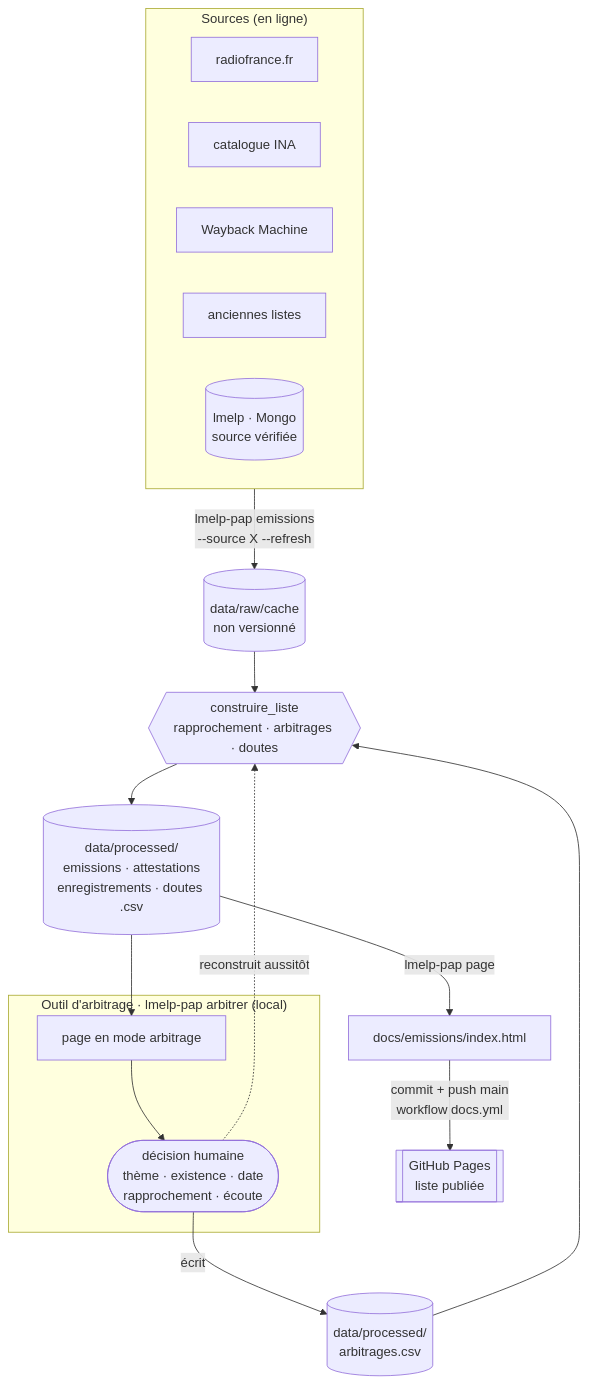
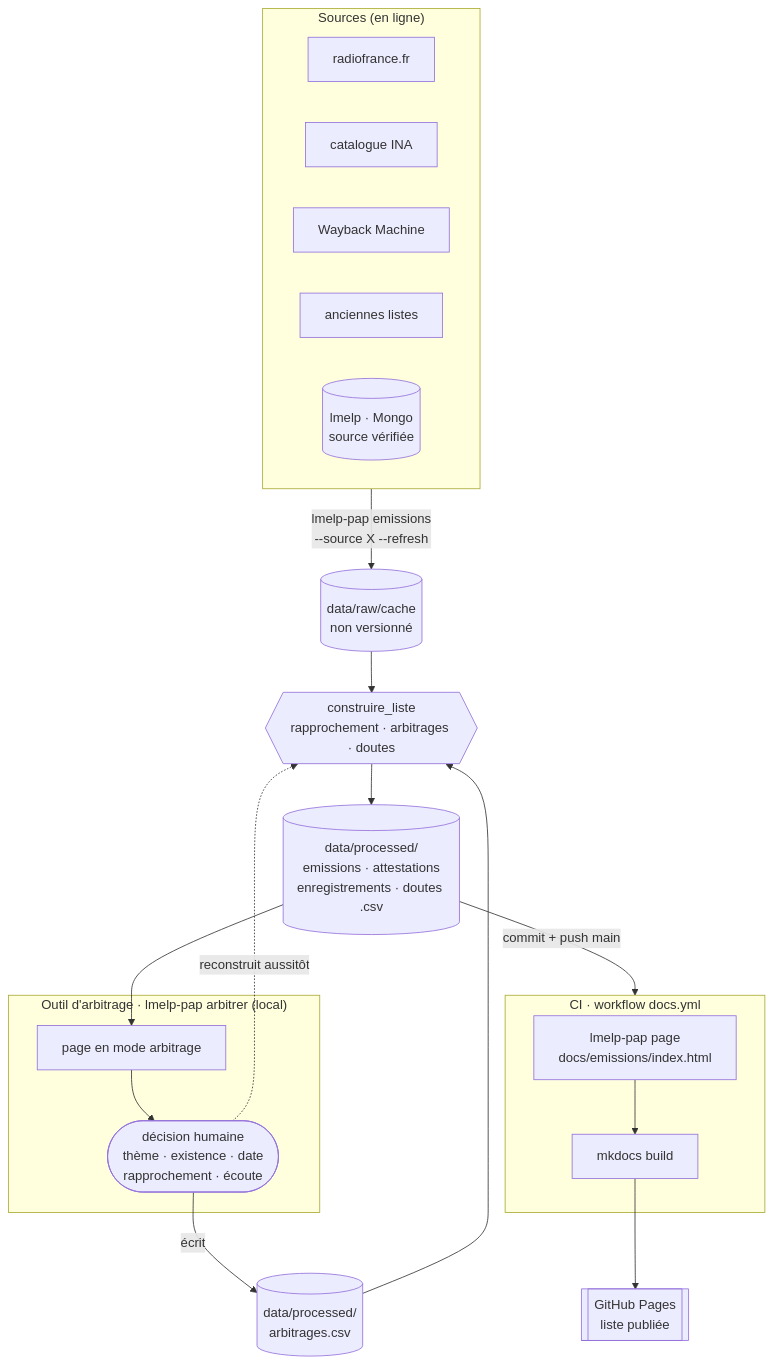
Before and after one commit to castorfou/lmelp-pap: the diagram in docs/dev/architecture.md, drawn with Mermaid. The commit also changed other lines of this file, not shown here.

Commit message:
docs(dev): la page des émissions est générée par la CI

````diff
--- a/docs/dev/architecture.md
+++ b/docs/dev/architecture.md
@@ -12,30 +12,37 @@
 ```mermaid
 flowchart TD
     subgraph Sources["Sources (en ligne)"]
         RF[radiofrance.fr]
         INA[catalogue INA]
         WB[Wayback Machine]
         AL[anciennes listes]
         LM[(lmelp · Mongo<br/>source vérifiée)]
     end
 
     Sources -->|"lmelp-pap emissions<br/>--source X --refresh"| Cache[(data/raw/cache<br/>non versionné)]
 
     Cache --> Construire{{"construire_liste<br/>rapprochement · arbitrages · doutes"}}
     Arb[(data/processed/<br/>arbitrages.csv)] --> Construire
 
     Construire --> CSV[(data/processed/<br/>emissions · attestations<br/>enregistrements · doutes .csv)]
 
     subgraph Appli["Outil d'arbitrage · lmelp-pap arbitrer (local)"]
         Page2[page en mode arbitrage]
         Humain([décision humaine<br/>thème · existence · date<br/>rapprochement · écoute])
         Page2 --> Humain
     end
 
     CSV --> Page2
     Humain -->|écrit| Arb
     Humain -.->|reconstruit aussitôt| Construire
 
-    CSV -->|lmelp-pap page| HTML[docs/emissions/index.html]
-    HTML -->|"commit + push main<br/>workflow docs.yml"| GH[[GitHub Pages<br/>liste publiée]]
+    CSV -->|"commit + push main"| CI
+
+    subgraph CI["CI · workflow docs.yml"]
+        HTML["lmelp-pap page<br/>docs/emissions/index.html"]
+        Site[mkdocs build]
+        HTML --> Site
+    end
+
+    Site --> GH[[GitHub Pages<br/>liste publiée]]
 ```
````
